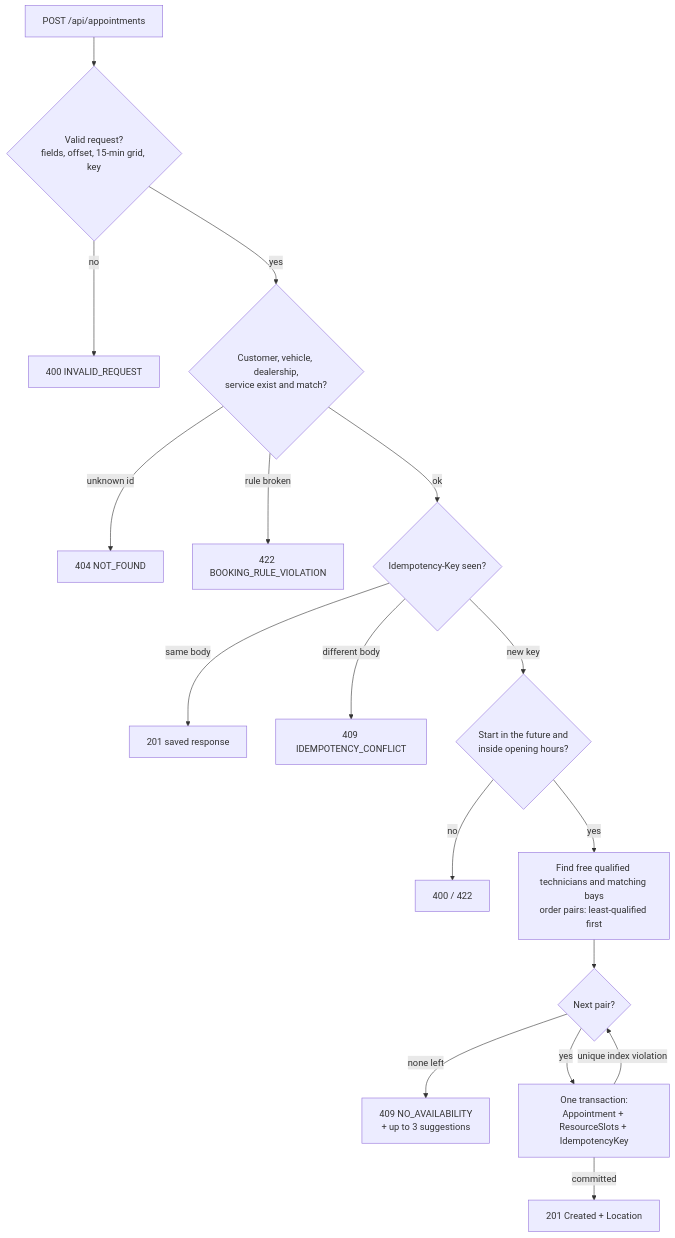
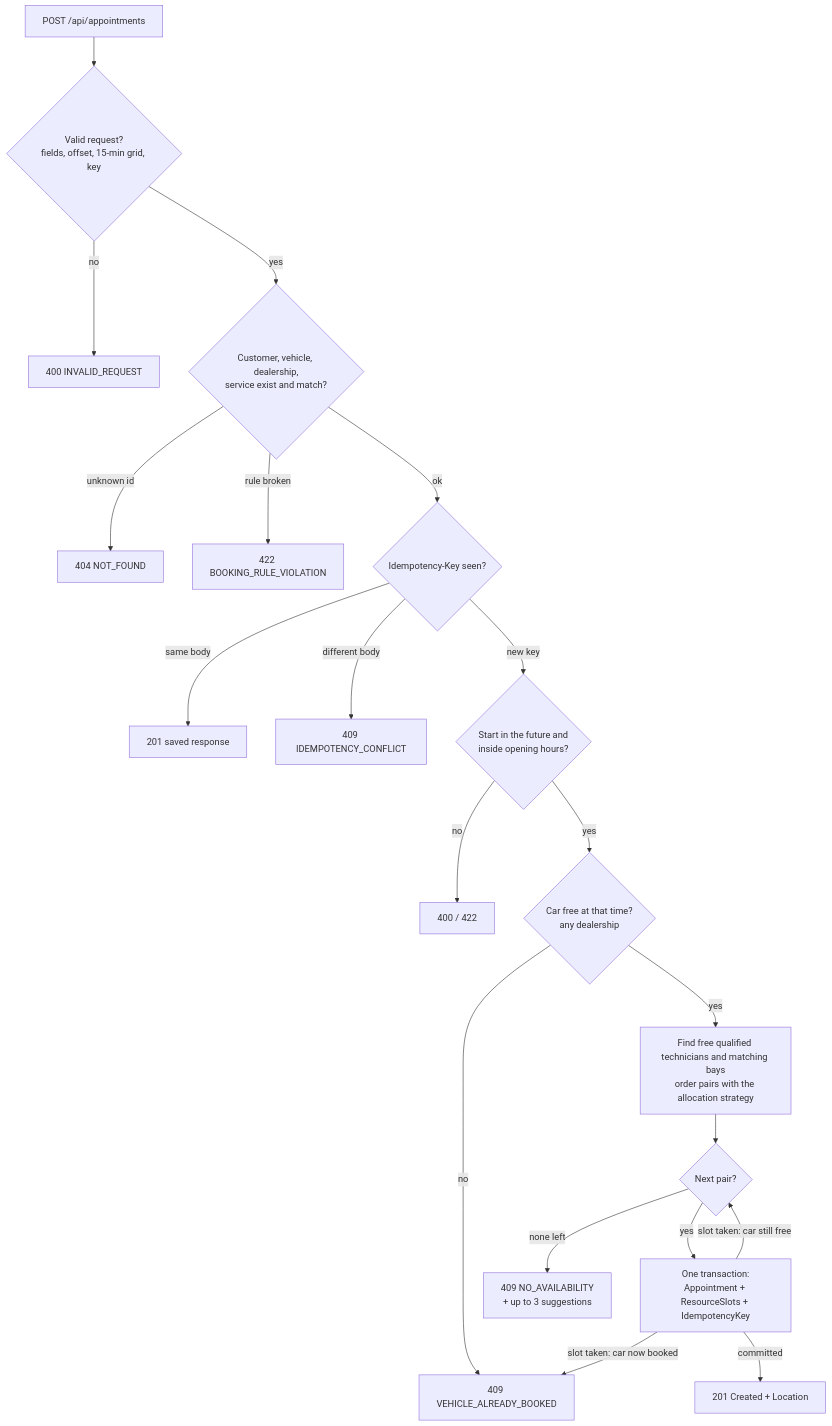
Before and after one commit to ThinhK20/kl-unified-service-scheduler: the diagram in README.md, drawn with Mermaid. The commit also changed other lines of this file and 56 other files, not shown here.

````diff
--- a/README.md
+++ b/README.md
@@ -363,19 +411,22 @@
 ```mermaid
 flowchart TD
     A[POST /api/appointments] --> B{Valid request?<br/>fields, offset, 15-min grid, key}
     B -- no --> E400[400 INVALID_REQUEST]
     B -- yes --> C{Customer, vehicle, dealership,<br/>service exist and match?}
     C -- unknown id --> E404[404 NOT_FOUND]
     C -- rule broken --> E422[422 BOOKING_RULE_VIOLATION]
     C -- ok --> D{Idempotency-Key seen?}
     D -- same body --> R201[201 saved response]
     D -- different body --> E409I[409 IDEMPOTENCY_CONFLICT]
     D -- new key --> F{Start in the future and<br/>inside opening hours?}
     F -- no --> E4xx[400 / 422]
-    F -- yes --> G[Find free qualified technicians and matching bays<br/>order pairs: least-qualified first]
+    F -- yes --> V{Car free at that time?<br/>any dealership}
+    V -- no --> E409V[409 VEHICLE_ALREADY_BOOKED]
+    V -- yes --> G[Find free qualified technicians and matching bays<br/>order pairs with the allocation strategy]
     G --> H{Next pair?}
     H -- none left --> E409N[409 NO_AVAILABILITY<br/>+ up to 3 suggestions]
     H -- yes --> I[One transaction:<br/>Appointment + ResourceSlots + IdempotencyKey]
-    I -- unique index violation --> H
+    I -- slot taken: car still free --> H
+    I -- slot taken: car now booked --> E409V
     I -- committed --> OK[201 Created + Location]
 ```
````
